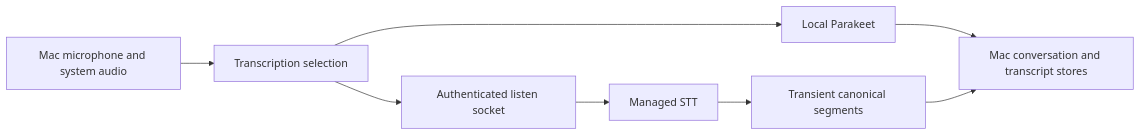
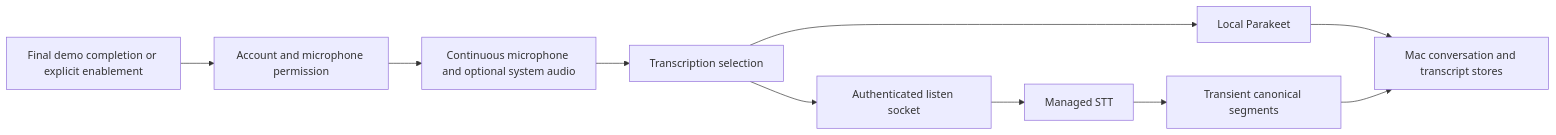
Before and after one commit to sruj75/knowledge-athlete: the diagram in openwiki/codebase/workflows/capture-transcription.md, drawn with Mermaid. The commit also changed other lines of this file and 97 other files, not shown here.

````diff
--- a/openwiki/codebase/workflows/capture-transcription.md
+++ b/openwiki/codebase/workflows/capture-transcription.md
@@ -50,10 +82,12 @@
 ```mermaid
 flowchart LR
-  Audio[Mac microphone and system audio] --> Choice[Transcription selection]
+  Setup[Final demo completion or explicit enablement] --> Gate[Account and microphone permission]
+  Gate --> Audio[Continuous microphone and optional system audio]
+  Audio --> Choice[Transcription selection]
   Choice --> Local[Local Parakeet]
   Choice --> Socket[Authenticated listen socket]
   Socket --> Modulate[Managed STT]
   Local --> Archive[Mac conversation and transcript stores]
   Modulate --> Segments[Transient canonical segments]
   Segments --> Archive
 ```
````
